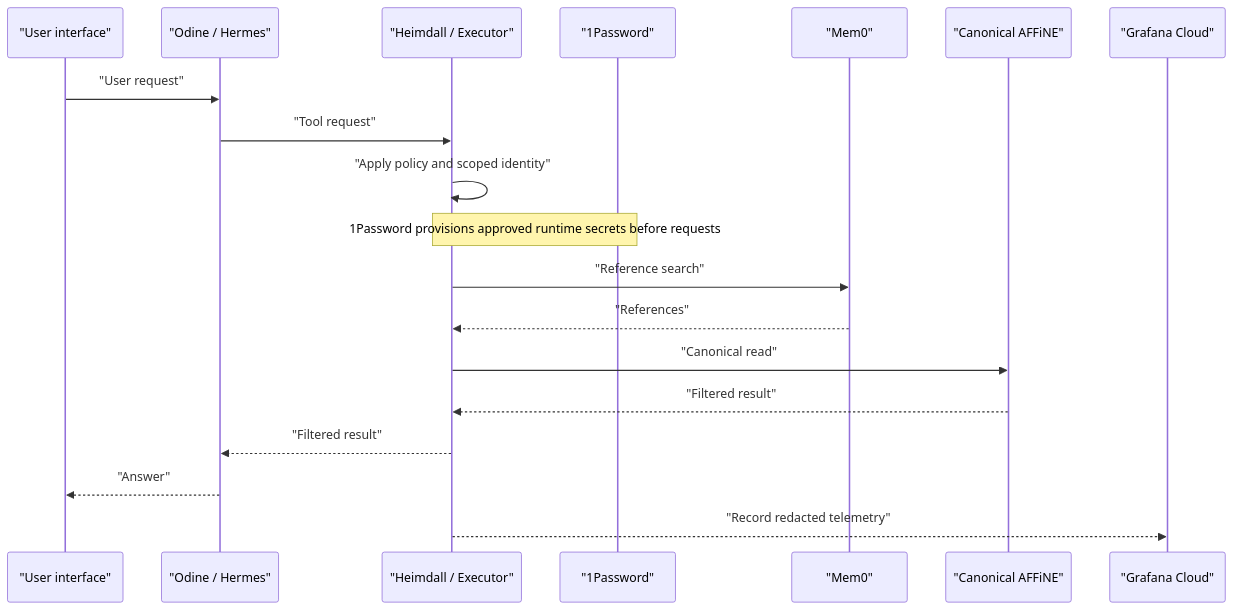
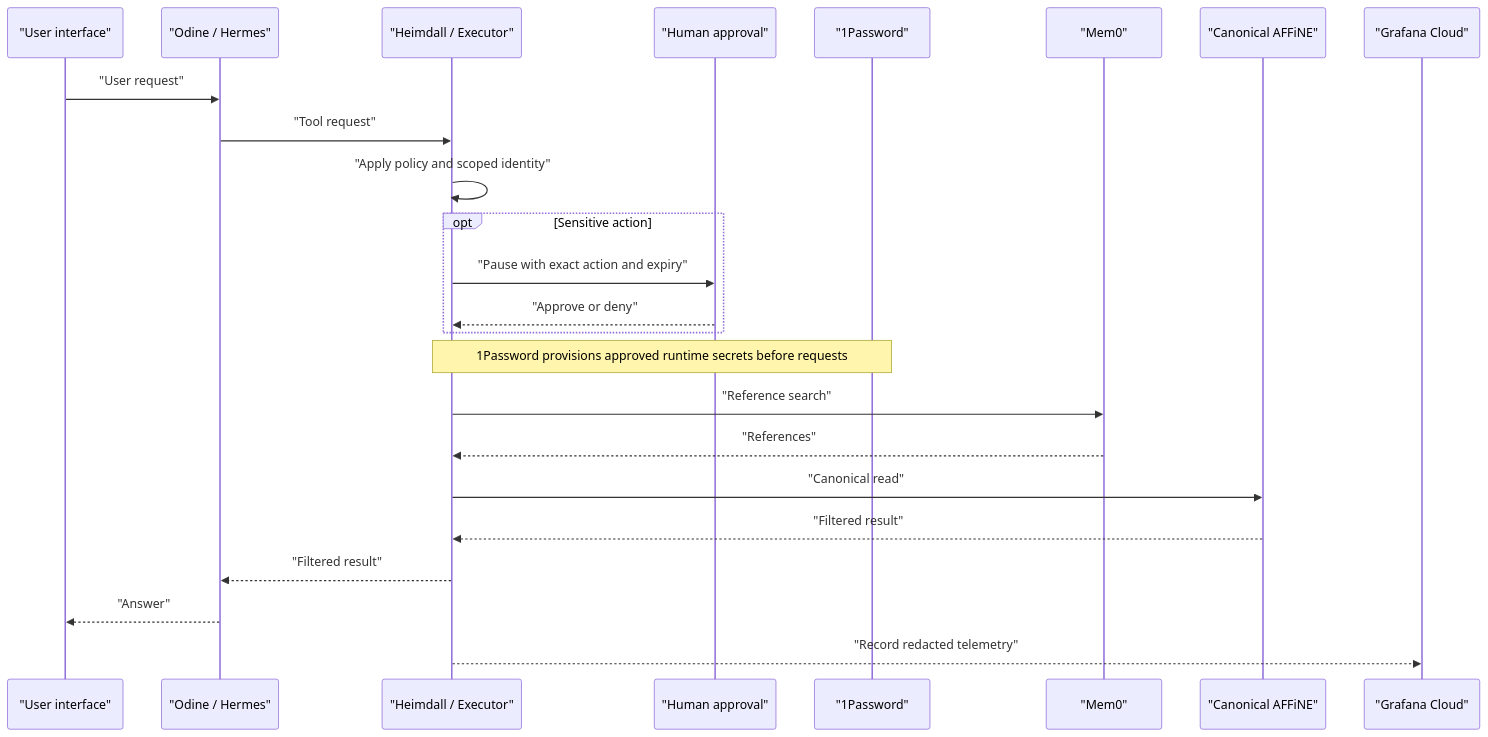
Before and after one commit to wan0net/asgard: the first of 2 diagrams in README.md, drawn with Mermaid. The commit also changed other lines of this file and 4 other files, not shown here.

Commit message:
Simplify architecture flows and approvals

````diff
--- a/README.md
+++ b/README.md
@@ -52,22 +54,27 @@
 ```mermaid
 sequenceDiagram
     participant UI as "User interface"
     participant Ody as "Odine / Hermes"
     participant Gate as "Heimdall / Executor"
+    participant Approval as "Human approval"
     participant Secrets as "1Password"
     participant Mem as "Mem0"
     participant Knowledge as "Canonical AFFiNE"
     participant Telemetry as "Grafana Cloud"
 
     UI->>Ody: "User request"
     Ody->>Gate: "Tool request"
     Gate->>Gate: "Apply policy and scoped identity"
+    opt Sensitive action
+        Gate->>Approval: "Pause with exact action and expiry"
+        Approval-->>Gate: "Approve or deny"
+    end
     Note over Secrets,Gate: 1Password provisions approved runtime secrets before requests
     Gate->>Mem: "Reference search"
     Mem-->>Gate: "References"
     Gate->>Knowledge: "Canonical read"
     Knowledge-->>Gate: "Filtered result"
     Gate-->>Ody: "Filtered result"
     Ody-->>UI: "Answer"
     Gate-->>Telemetry: "Record redacted telemetry"
 ```
````
